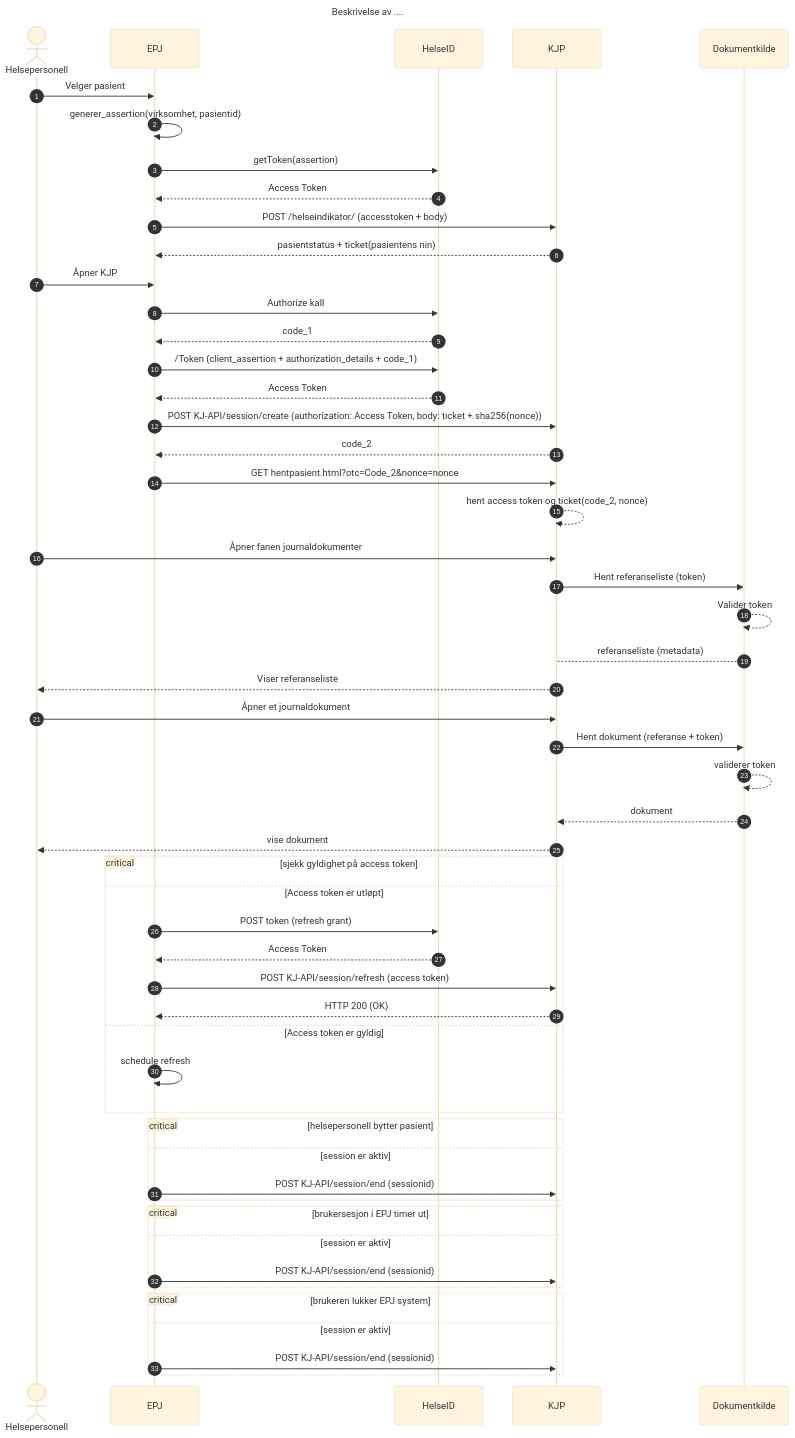
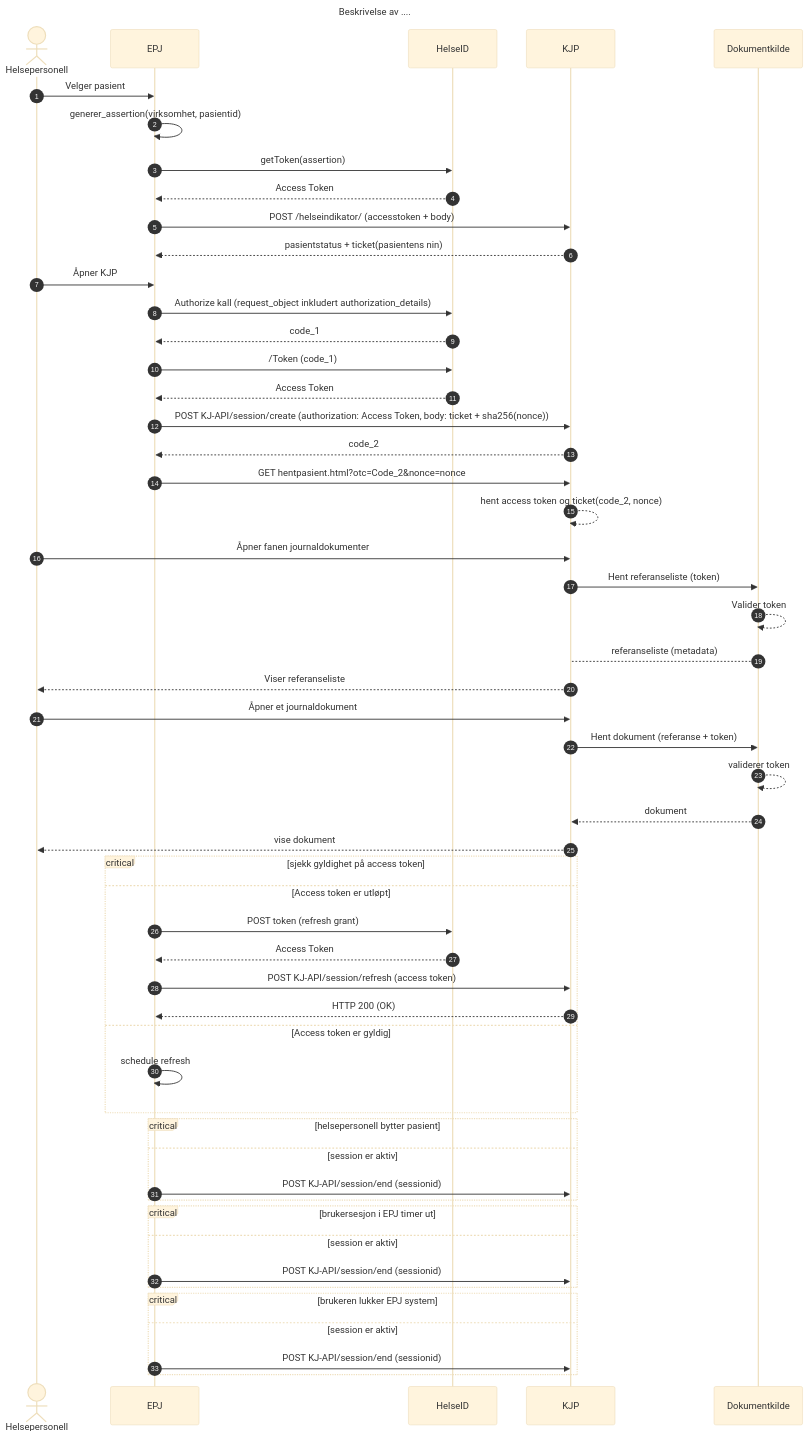
The first of 2 diagrams in specs/dokumentdeling_overordnet_spec.md (NorskHelsenett/Tillitsrammeverk), drawn with Mermaid (base theme) before and after one commit. The commit also changed other lines of this file, not shown here.

`````diff
--- a/specs/dokumentdeling_overordnet_spec.md
+++ b/specs/dokumentdeling_overordnet_spec.md
@@ -43,66 +43,66 @@
 ````mermaid
 sequenceDiagram 
   autonumber
   title Beskrivelse av ....
   actor HP as Helsepersonell
   participant EPJ
   participant HelseID
   participant KJP
   participant Dokumentkilde
 
   HP->>EPJ: Velger pasient
   EPJ->>EPJ: generer_assertion(virksomhet, pasientid)
   EPJ->>HelseID: getToken(assertion)
   HelseID-->>EPJ: Access Token
   EPJ->>KJP: POST /helseindikator/ (accesstoken + body)
   KJP-->>EPJ: pasientstatus + ticket(pasientens nin)
   HP->>EPJ: Åpner KJP
-  EPJ->>HelseID: Authorize kall
+  EPJ->>HelseID: Authorize kall (request_object inkludert authorization_details)
   HelseID-->>EPJ: code_1
-  EPJ->>HelseID: /Token (client_assertion + authorization_details + code_1)
+  EPJ->>HelseID: /Token (code_1)
   HelseID-->>EPJ: Access Token
   EPJ->>KJP: POST KJ-API/session/create (authorization: Access Token, body: ticket + sha256(nonce))
   KJP-->>EPJ: code_2
   EPJ->>KJP: GET hentpasient.html?otc=Code_2&nonce=nonce
   KJP-->>KJP: hent access token og ticket(code_2, nonce)
   HP->>KJP: Åpner fanen journaldokumenter
   KJP->>Dokumentkilde: Hent referanseliste (token)
  
   Dokumentkilde-->>Dokumentkilde: Valider token
   Dokumentkilde-->KJP: referanseliste (metadata)
  
   KJP-->>HP: Viser referanseliste
   HP->>KJP: Åpner et journaldokument
   KJP->>Dokumentkilde: Hent dokument (referanse + token)
   Dokumentkilde-->>Dokumentkilde: validerer token
   Dokumentkilde-->>KJP: dokument
   KJP-->>HP: vise dokument
 
   critical sjekk gyldighet på access token
 
     option Access token er utløpt
         EPJ->>HelseID: POST token (refresh grant)
         HelseID-->>EPJ: Access Token
         EPJ->>KJP: POST KJ-API/session/refresh (access token) 
         KJP-->>EPJ: HTTP 200 (OK)
     
     option Access token er gyldig
         EPJ->>EPJ: schedule refresh
   end
 
   critical helsepersonell bytter pasient
   option session er aktiv
     EPJ->>KJP: POST KJ-API/session/end (sessionid)
   end
   
   critical brukersesjon i EPJ timer ut
   option session er aktiv
     EPJ->>KJP: POST KJ-API/session/end (sessionid)
   end
 
   critical brukeren lukker EPJ system
   option session er aktiv
     EPJ->>KJP: POST KJ-API/session/end (sessionid)
 
 end 
 ````
`````
